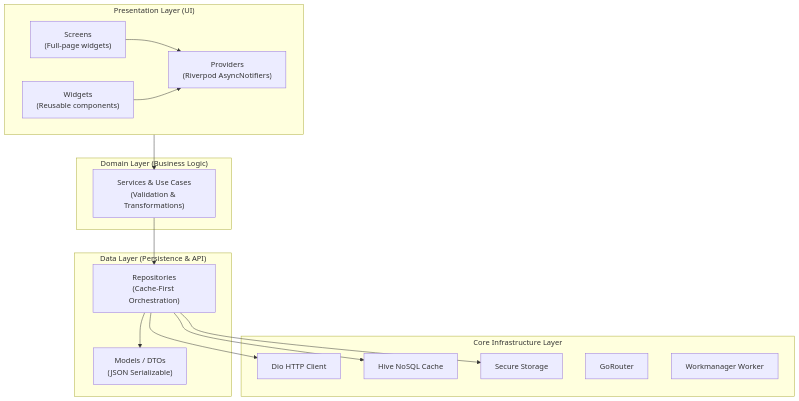
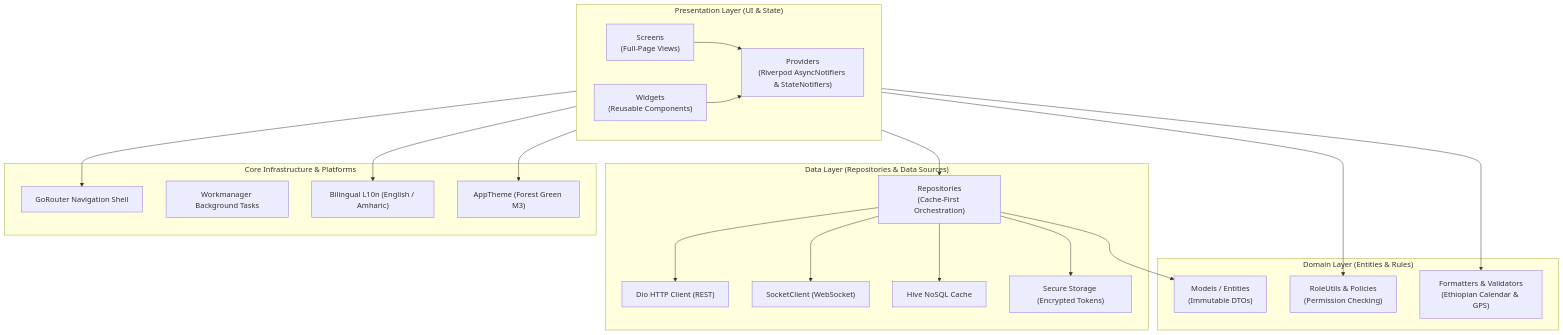
One commit to agrietech/agriEtech-frontend changed the first of 3 diagrams in docs/ARCHITECTURE.md. Above: the diagram before and after it, drawn with Mermaid. The commit also changed other lines of this file and 3 other files, not shown here.

Commit message:
Update Architecture, Modules Catalog, Team Task Assignments, and README (#26)

````diff
--- a/docs/ARCHITECTURE.md
+++ b/docs/ARCHITECTURE.md
@@ -31,35 +31,44 @@
 ```mermaid
 graph TB
-    subgraph Presentation["Presentation Layer (UI)"]
+    subgraph Presentation["Presentation Layer (UI & State)"]
         direction LR
-        SC["Screens<br/>(Full-page widgets)"]
-        WG["Widgets<br/>(Reusable components)"]
-        PR["Providers<br/>(Riverpod AsyncNotifiers)"]
+        SC["Screens<br/>(Full-Page Views)"]
+        WG["Widgets<br/>(Reusable Components)"]
+        PR["Providers<br/>(Riverpod AsyncNotifiers & StateNotifiers)"]
     end
 
-    subgraph Domain["Domain Layer (Business Logic)"]
-        SV["Services & Use Cases<br/>(Validation & Transformations)"]
+    subgraph Domain["Domain Layer (Entities & Rules)"]
+        MD["Models / Entities<br/>(Immutable DTOs)"]
+        RU["RoleUtils & Policies<br/>(Permission Checking)"]
+        UT["Formatters & Validators<br/>(Ethiopian Calendar & GPS)"]
     end
 
-    subgraph Data["Data Layer (Persistence & API)"]
-        MD["Models / DTOs<br/>(JSON Serializable)"]
+    subgraph Data["Data Layer (Repositories & Data Sources)"]
         RP["Repositories<br/>(Cache-First Orchestration)"]
+        DIO["Dio HTTP Client (REST)"]
+        WS["SocketClient (WebSocket)"]
+        HIV["Hive NoSQL Cache"]
+        SEC["Secure Storage (Encrypted Tokens)"]
     end
 
-    subgraph Infrastructure["Core Infrastructure Layer"]
-        DIO["Dio HTTP Client"]
-        HIV["Hive NoSQL Cache"]
-        SEC["Secure Storage"]
-        RTR["GoRouter"]
-        WKM["Workmanager Worker"]
+    subgraph Infrastructure["Core Infrastructure & Platforms"]
+        RTR["GoRouter Navigation Shell"]
+        WKM["Workmanager Background Tasks"]
+        L10N["Bilingual L10n (English / Amharic)"]
+        THM["AppTheme (Forest Green M3)"]
     end
 
     SC --> PR
     WG --> PR
-    PR --> SV
-    SV --> RP
+    PR --> RP
     RP --> MD
     RP --> DIO
+    RP --> WS
     RP --> HIV
     RP --> SEC
+    PR --> RU
+    PR --> UT
+    SC --> RTR
+    SC --> L10N
+    SC --> THM
 ```
````
